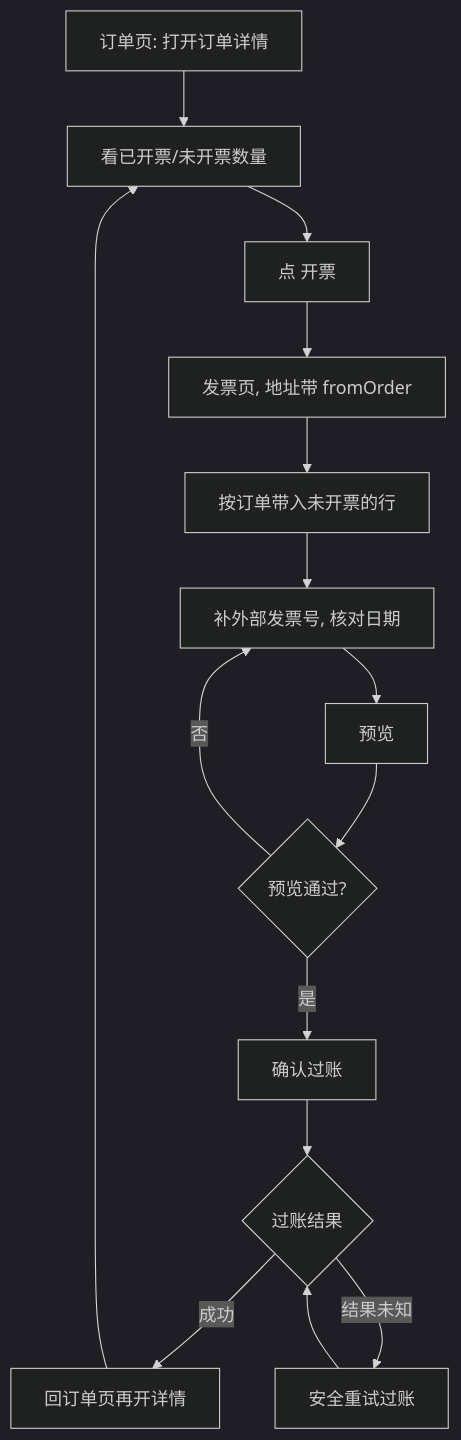
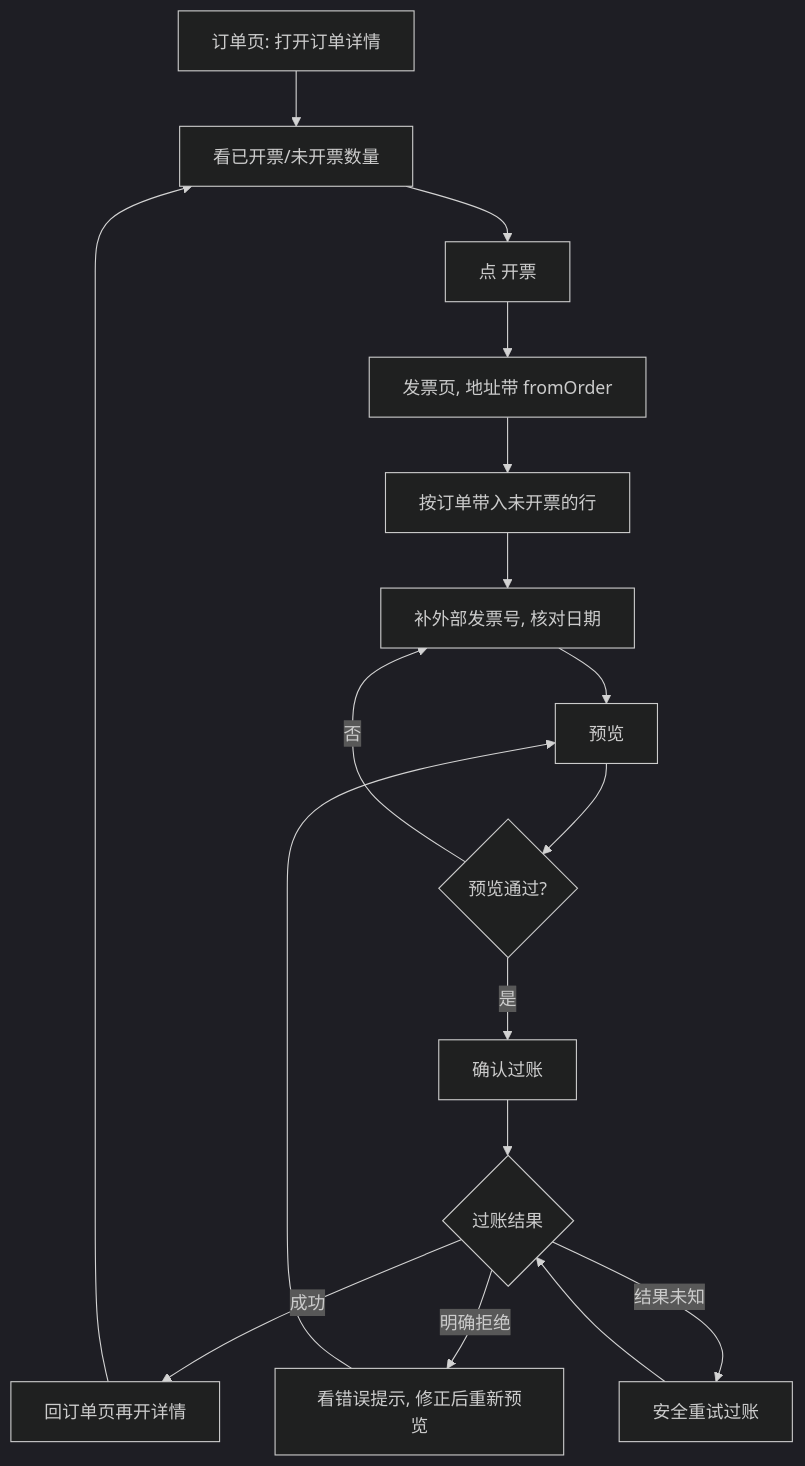
One commit to lingshf/ai-native-erp changed the first of 3 diagrams in docs/flows/invoice-from-order-flow.md. Above: the diagram before and after it, drawn with Mermaid (dark theme). The commit also changed other lines of this file and 3 other files, not shown here.

````diff
--- a/docs/flows/invoice-from-order-flow.md
+++ b/docs/flows/invoice-from-order-flow.md
@@ -7,17 +7,19 @@
 ```mermaid
 flowchart TD
   A[订单页: 打开订单详情] --> B[看已开票/未开票数量]
   B --> C[点 开票]
   C --> D[发票页, 地址带 fromOrder]
   D --> E[按订单带入未开票的行]
   E --> F[补外部发票号, 核对日期]
   F --> G[预览]
   G --> H{预览通过?}
   H -- 否 --> F
   H -- 是 --> I[确认过账]
   I --> J{过账结果}
   J -- 成功 --> K[回订单页再开详情]
   K --> B
+  J -- 明确拒绝 --> M[看错误提示, 修正后重新预览]
+  M --> G
   J -- 结果未知 --> L[安全重试过账]
   L --> J
 ```
````
